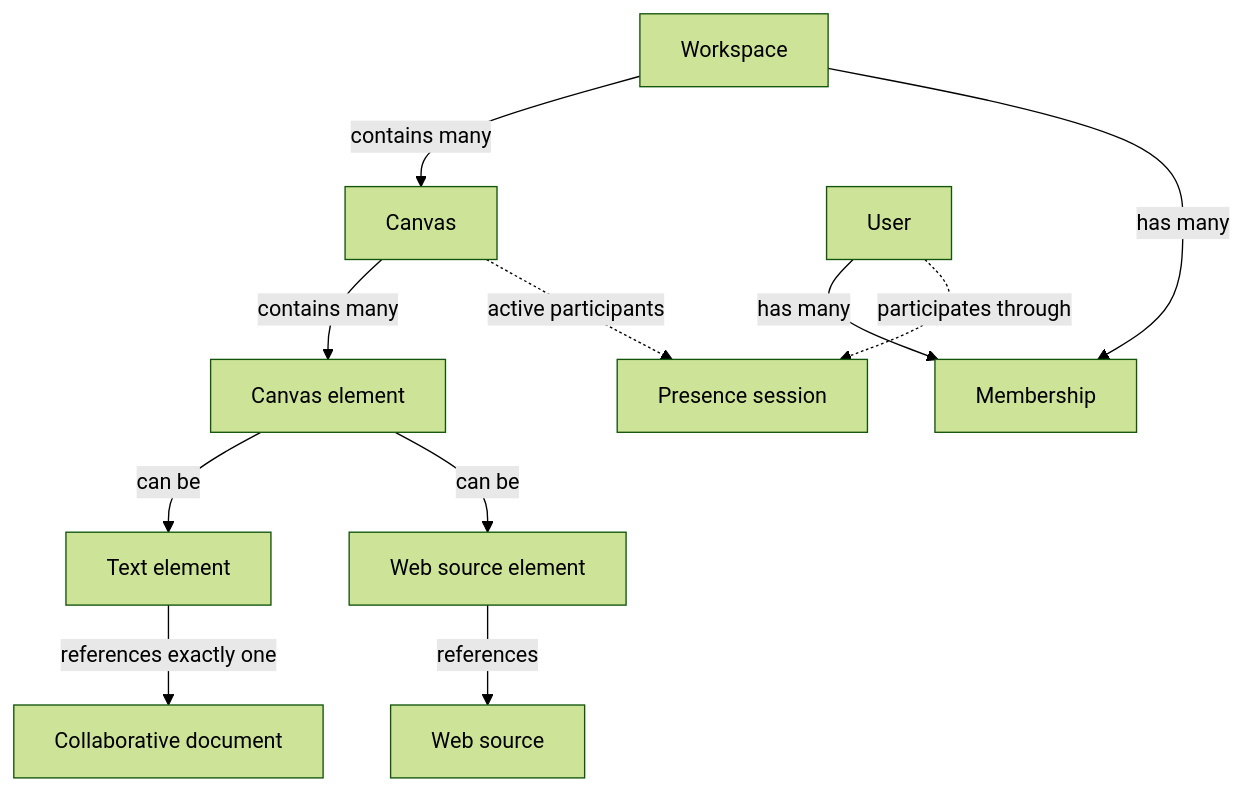
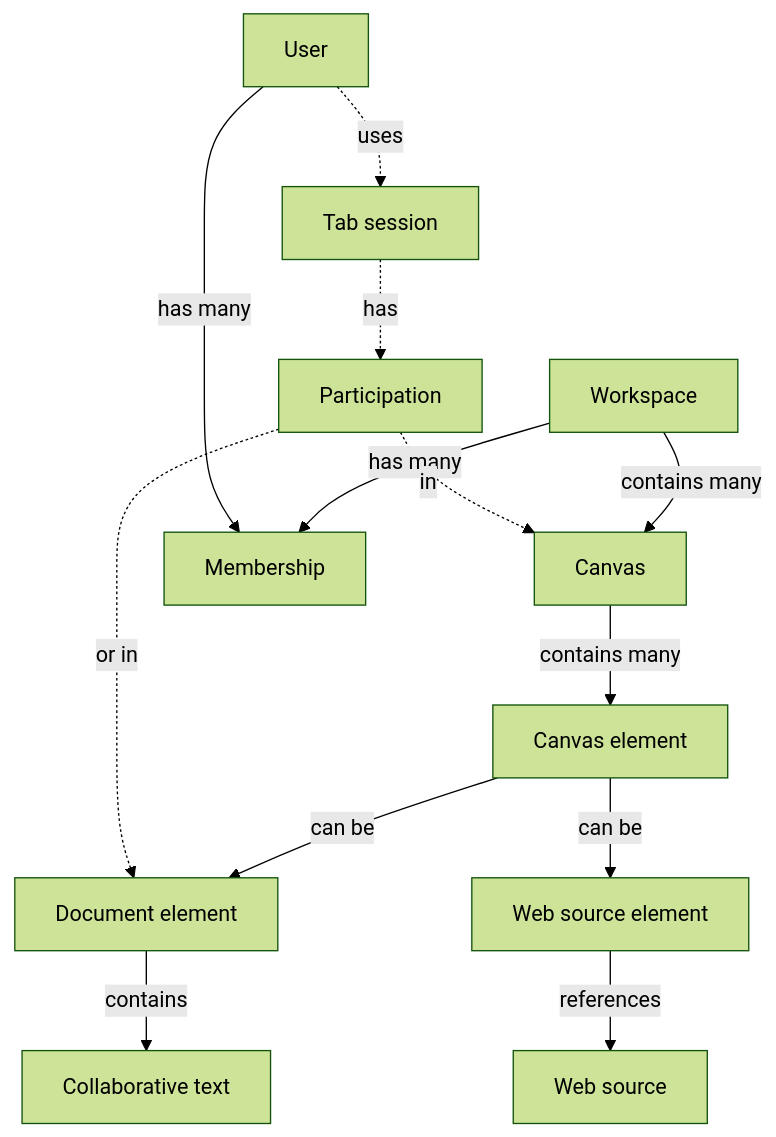
The first of 2 diagrams in docs/research/canvas-model.md (Kristofir/Pluribus), drawn with Mermaid (forest theme) before and after one commit. The commit also changed other lines of this file and 102 other files, not shown here.

Commit message:
Build collaborative canvas with document authorship and shared domain models

````diff
--- a/docs/research/canvas-model.md
+++ b/docs/research/canvas-model.md
@@ -17,15 +17,17 @@
 ```mermaid
 flowchart TD
     W["Workspace"] -->|"contains many"| C["Canvas"]
     W -->|"has many"| M["Membership"]
     U["User"] -->|"has many"| M
 
     C -->|"contains many"| E["Canvas element"]
-    E -->|"can be"| T["Text element"]
-    T -->|"references exactly one"| D["Collaborative document"]
+    E -->|"can be"| T["Document element"]
+    T -->|"contains"| D["Collaborative text"]
     E -->|"can be"| WS["Web source element"]
     WS -->|"references"| SRC["Web source"]
 
-    C -.->|"active participants"| P["Presence session"]
-    U -.->|"participates through"| P
+    U -.->|"uses"| SESSION["Tab session"]
+    SESSION -.->|"has"| P["Participation"]
+    P -.->|"in"| C
+    P -.->|"or in"| T
 ```
````
